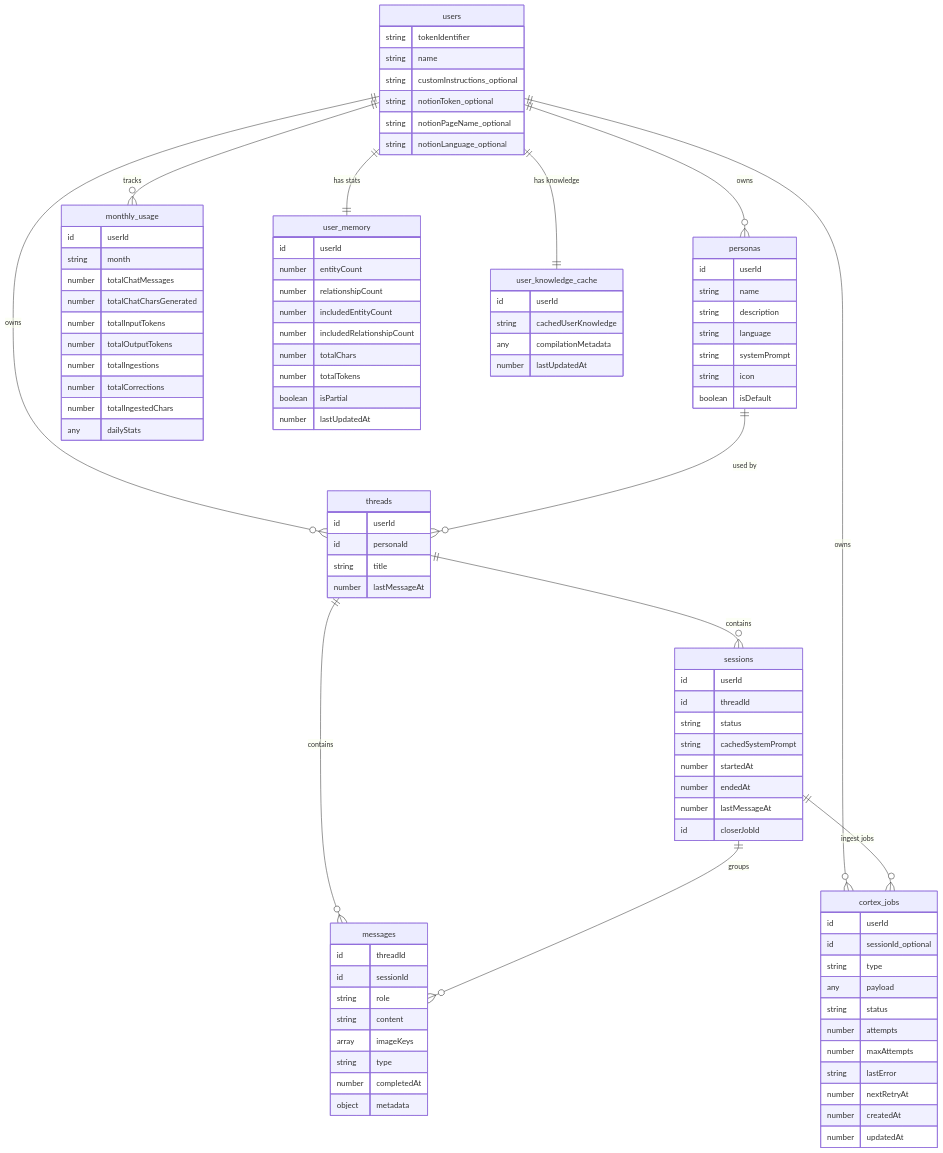
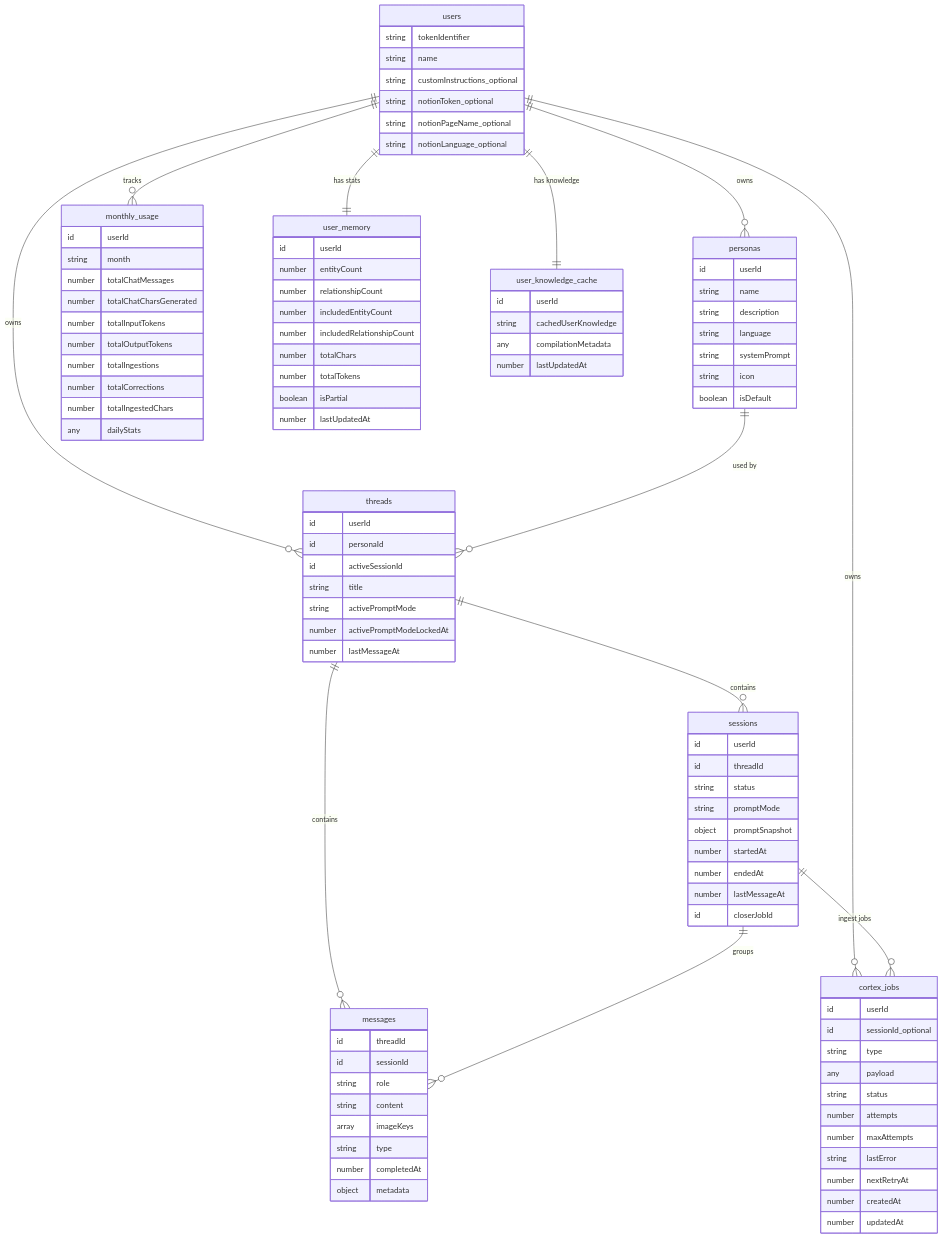
The third of 7 diagrams in README.md (juandastic/synapse-chat-ai), drawn with Mermaid before and after one commit. The commit also changed other lines of this file and 22 other files, not shown here.

```diff
--- a/README.md
+++ b/README.md
@@ -238,14 +238,18 @@
     threads {
         id userId
         id personaId
+        id activeSessionId
         string title
+        string activePromptMode
+        number activePromptModeLockedAt
         number lastMessageAt
     }
     sessions {
         id userId
         id threadId
         string status
-        string cachedSystemPrompt
+        string promptMode
+        object promptSnapshot
         number startedAt
         number endedAt
         number lastMessageAt
```
